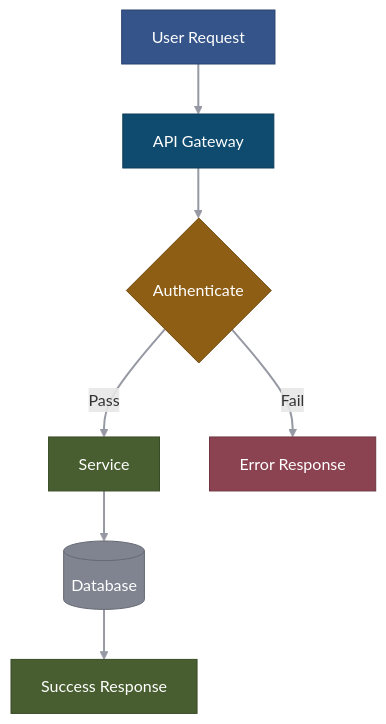
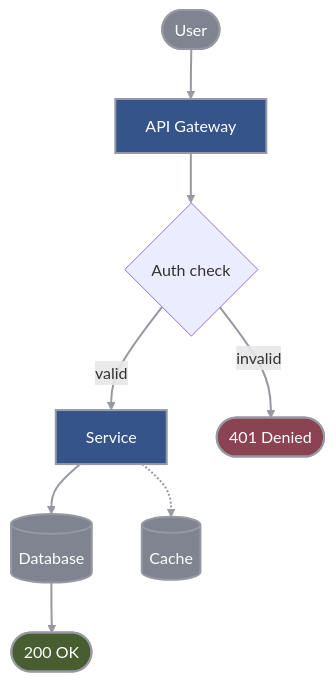
One commit to mdsakalu/agent-plugins changed the seventh of 24 diagrams in creating-mermaid-diagrams/skills/creating-mermaid-diagrams/references/themes.md. Above: the diagram before and after it, drawn with Mermaid. The commit also changed other lines of this file and 4 other files, not shown here.

First line of the commit message:
refactor(creating-mermaid-diagrams): design-driven styling overhaul

````diff
--- a/creating-mermaid-diagrams/skills/creating-mermaid-diagrams/references/themes.md
+++ b/creating-mermaid-diagrams/skills/creating-mermaid-diagrams/references/themes.md
@@ -286,26 +315,18 @@
 ```mermaid
 flowchart TD
-    user["User Request"] --> api["API Gateway"]
-    api --> auth{"Authenticate"}
-    auth -->|Pass| service["Service"]
-    auth -->|Fail| error["Error Response"]
-    service --> db[("Database")]
-    db --> response["Success Response"]
+    user(["User"]) ==> api["API Gateway"] ==> auth{"Auth check"}
+    auth == valid ==> svc["Service"] ==> db[("Database")] ==> res(["200 OK"])
+    auth -- invalid --> err(["401 Denied"])
+    svc -.-> cache[("Cache")]
 
-    classDef primary fill:#34548a,stroke:#2a436e,color:#ffffff
-    classDef secondary fill:#7f8490,stroke:#666a73,color:#ffffff
-    classDef success fill:#485e30,stroke:#3a4b26,color:#ffffff
-    classDef warning fill:#8f5e15,stroke:#724b11,color:#ffffff
-    classDef danger fill:#8c4351,stroke:#703641,color:#ffffff
-    classDef info fill:#0f4b6e,stroke:#0c3c58,color:#ffffff
-
+    classDef primary fill:#34548a,stroke:#9699a3,stroke-width:2px,color:#ffffff
+    classDef muted fill:#7f8490,stroke:#9699a3,stroke-width:2px,color:#ffffff
+    classDef success fill:#485e30,stroke:#9699a3,stroke-width:2px,color:#ffffff
+    classDef danger fill:#8c4351,stroke:#9699a3,stroke-width:2px,color:#ffffff
     linkStyle default stroke:#9699a3,stroke-width:2px
 
-    class user primary
-    class api info
-    class auth warning
-    class service success
-    class error danger
-    class db secondary
-    class response success
+    class api,svc primary
+    class user,db,cache muted
+    class res success
+    class err danger
 ```
````
